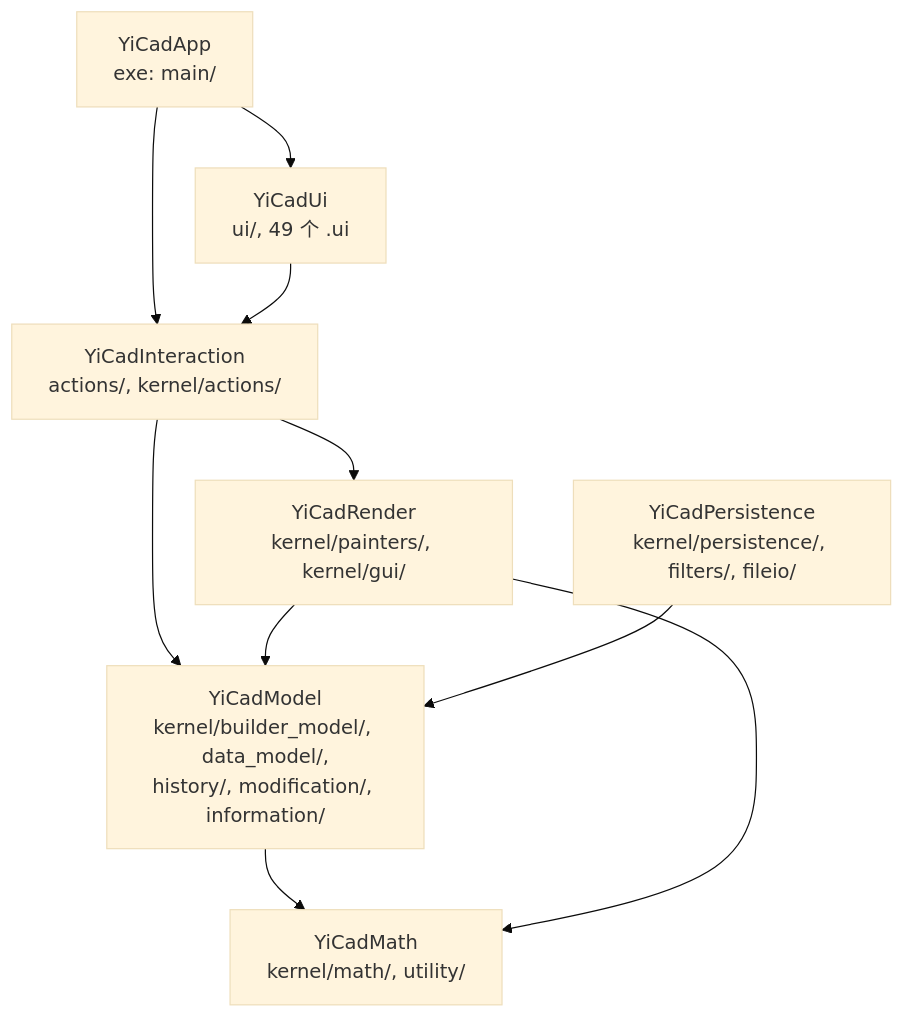
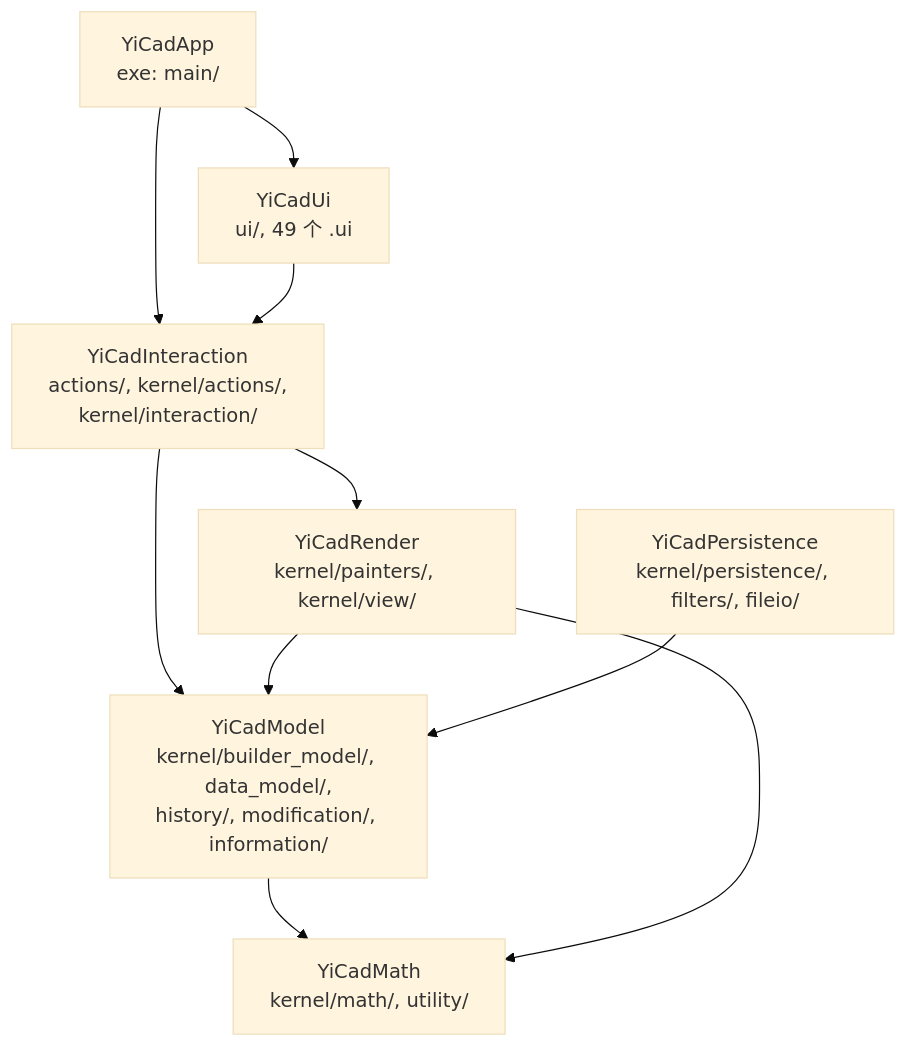
One commit to chicai-18/YiCAD changed the second of 2 diagrams in doc/ARCHITECTURE_EVOLUTION_PLAN.md. Above: the diagram before and after it, drawn with Mermaid (base theme). The commit also changed other lines of this file and 23 other files, not shown here.

First line of the commit message:
kernel/gui 更名 kernel/view，UIView 移到 kernel/interaction

````diff
--- a/doc/ARCHITECTURE_EVOLUTION_PLAN.md
+++ b/doc/ARCHITECTURE_EVOLUTION_PLAN.md
@@ -560,20 +560,20 @@
 ```mermaid
 flowchart TB
     App["YiCadApp<br/>exe: main/"]
     Ui["YiCadUi<br/>ui/, 49 个 .ui"]
-    Inter["YiCadInteraction<br/>actions/, kernel/actions/"]
-    Render["YiCadRender<br/>kernel/painters/, kernel/gui/"]
+    Inter["YiCadInteraction<br/>actions/, kernel/actions/,<br/>kernel/interaction/"]
+    Render["YiCadRender<br/>kernel/painters/, kernel/view/"]
     Persist["YiCadPersistence<br/>kernel/persistence/, filters/, fileio/"]
     Model["YiCadModel<br/>kernel/builder_model/, data_model/,<br/>history/, modification/, information/"]
     Math["YiCadMath<br/>kernel/math/, utility/"]
 
     App --> Ui
     App --> Inter
     Ui --> Inter
     Inter --> Render
     Inter --> Model
     Render --> Model
     Persist --> Model
     Model --> Math
     Render --> Math
 ```
````
